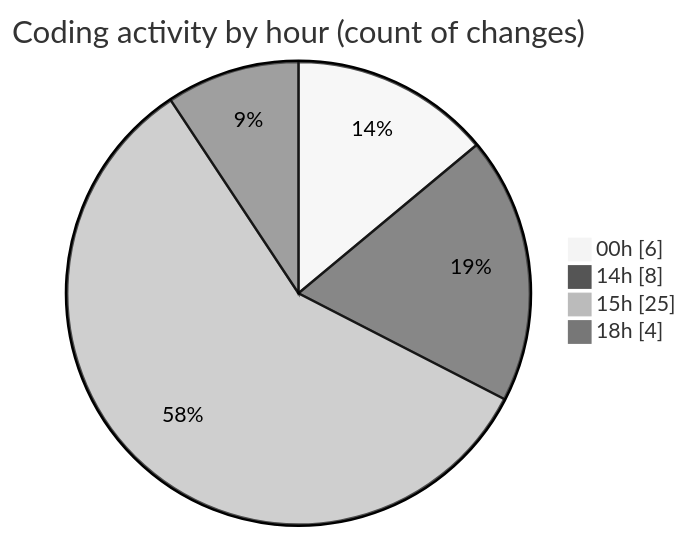
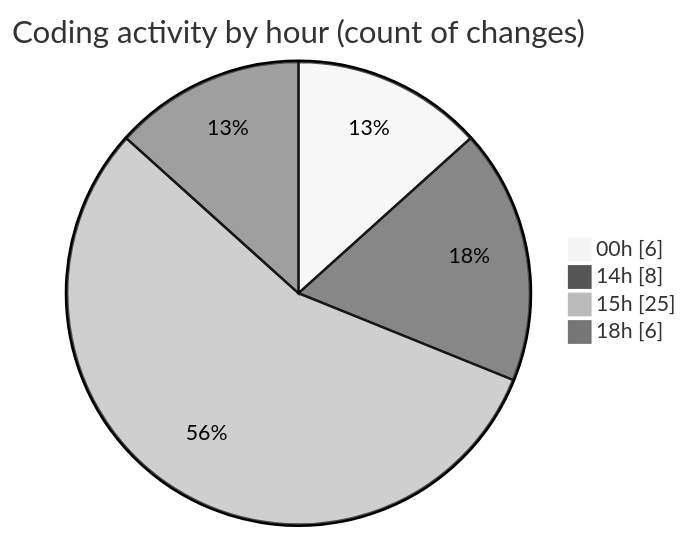
The second of 2 diagrams in 2025-03-15/myws__workspace_/README.md (MatusMokan/code-tracking), drawn with Mermaid (neutral theme) before and after one commit. The commit also changed other lines of this file and 1 other file, not shown here.

````diff
--- a/2025-03-15/myws__workspace_/README.md
+++ b/2025-03-15/myws__workspace_/README.md
@@ -30,8 +30,8 @@
 ```mermaid
 pie showData
 title Coding activity by hour (count of changes)
 "00h" : 6
 "14h" : 8
 "15h" : 25
-"18h" : 4
+"18h" : 6
 ```
````
